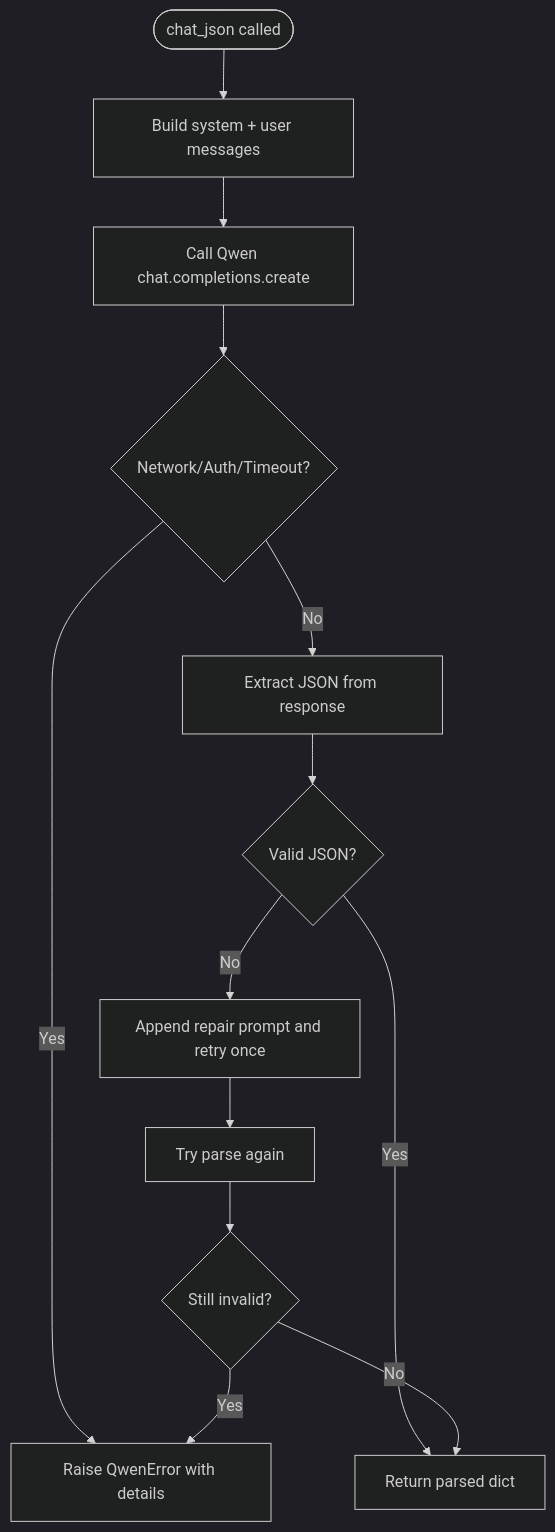
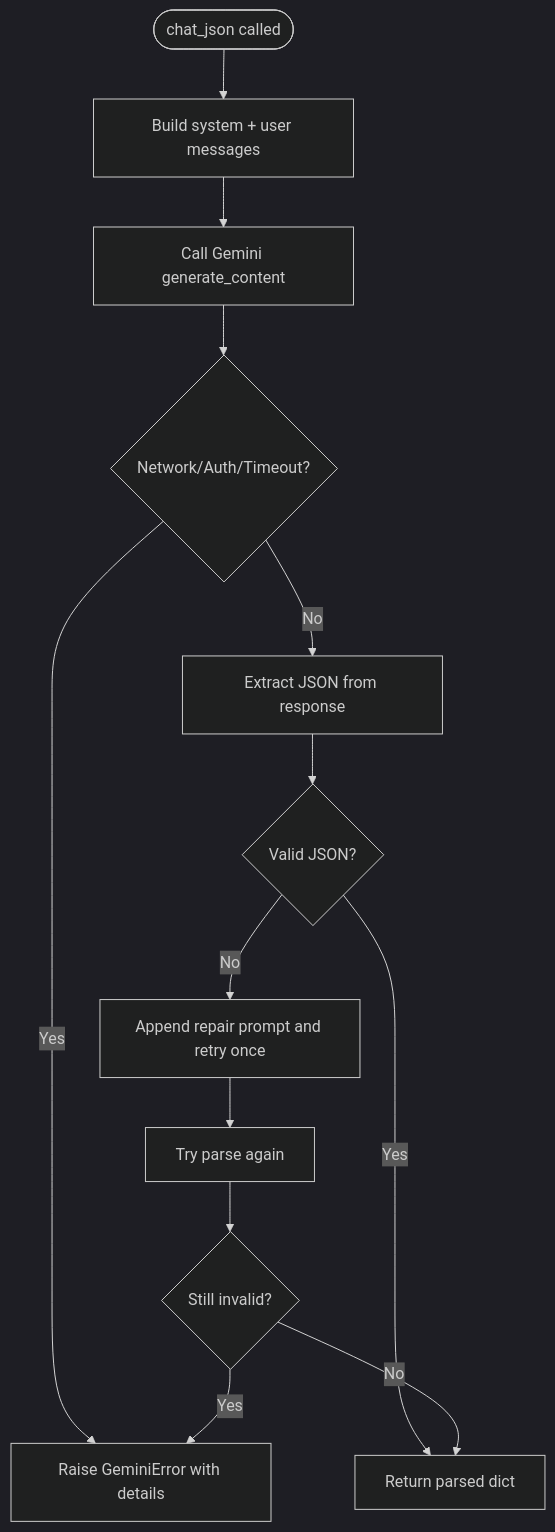
Before and after one commit to waqarimran342/CareerOS-AI: the third of 8 diagrams in .qoder/repowiki/en/content/Troubleshooting Guide/Troubleshooting Guide.md, drawn with Mermaid (dark theme). The commit also changed other lines of this file and 32 other files, not shown here.

````diff
--- a/.qoder/repowiki/en/content/Troubleshooting Guide/Troubleshooting Guide.md
+++ b/.qoder/repowiki/en/content/Troubleshooting Guide/Troubleshooting Guide.md
@@ -153,15 +164,15 @@
 ```mermaid
 flowchart TD
 Start(["chat_json called"]) --> BuildMsg["Build system + user messages"]
-BuildMsg --> CallLLM["Call Qwen chat.completions.create"]
-CallLLM --> NetErr{"Network/Auth/Timeout?"}
-NetErr --> |Yes| RaiseQwen["Raise QwenError with details"]
+BuildMsg --> CallGemini["Call Gemini generate_content"]
+CallGemini --> NetErr{"Network/Auth/Timeout?"}
+NetErr --> |Yes| RaiseGemini["Raise GeminiError with details"]
 NetErr --> |No| Parse["Extract JSON from response"]
 Parse --> Valid{"Valid JSON?"}
 Valid --> |Yes| ReturnDict["Return parsed dict"]
 Valid --> |No| Repair["Append repair prompt and retry once"]
 Repair --> RetryParse["Try parse again"]
 RetryParse --> StillInvalid{"Still invalid?"}
-StillInvalid --> |Yes| RaiseQwen
+StillInvalid --> |Yes| RaiseGemini
 StillInvalid --> |No| ReturnDict
 ```
````
